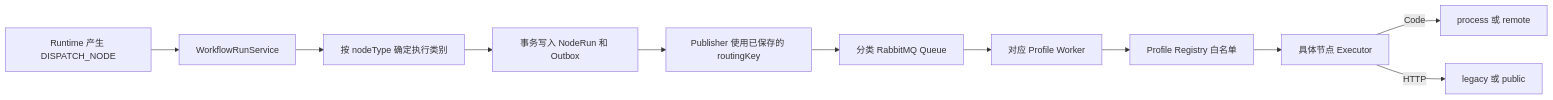
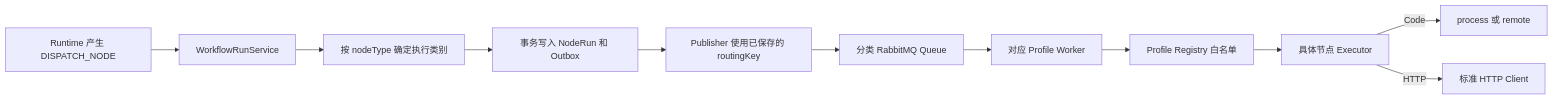
The diagram in apps/executor-go/README.md (xiaotianna/ai-workflow), drawn with Mermaid before and after one commit. The commit also changed other lines of this file and 9 other files, not shown here.

````diff
--- a/apps/executor-go/README.md
+++ b/apps/executor-go/README.md
@@ -17,13 +17,13 @@
 ```mermaid
 flowchart LR
   Runtime["Runtime 产生 DISPATCH_NODE"] --> RunService["WorkflowRunService"]
   RunService --> Routing["按 nodeType 确定执行类别"]
   Routing --> Outbox["事务写入 NodeRun 和 Outbox"]
   Outbox --> Publisher["Publisher 使用已保存的 routingKey"]
   Publisher --> Queue["分类 RabbitMQ Queue"]
   Queue --> Worker["对应 Profile Worker"]
   Worker --> Registry["Profile Registry 白名单"]
   Registry --> Executor["具体节点 Executor"]
   Executor -->|Code| SandboxRunner["process 或 remote"]
-  Executor -->|HTTP| NetworkPolicy["legacy 或 public"]
+  Executor -->|HTTP| HttpClient["标准 HTTP Client"]
 ```
````
